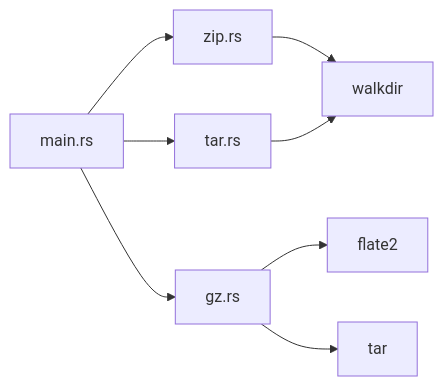
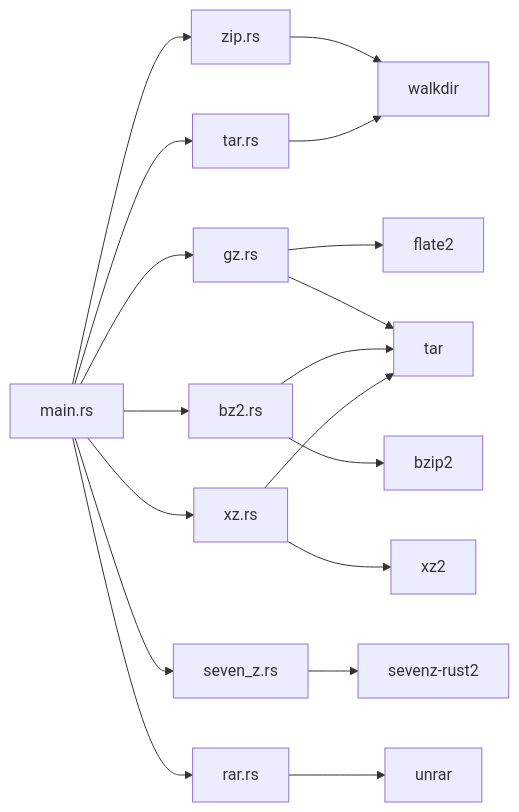
Before and after one commit to zhangjiacai-hub/myArchive: diagram 14 of 14 in .qoder/repowiki/zh/content/核心功能实现/列表功能实现.md, drawn with Mermaid. The commit also changed other lines of this file and 6 other files, not shown here.

````diff
--- a/.qoder/repowiki/zh/content/核心功能实现/列表功能实现.md
+++ b/.qoder/repowiki/zh/content/核心功能实现/列表功能实现.md
@@ -348,10 +550,20 @@
 ```mermaid
 graph LR
 MAIN[main.rs] --> ZIP[zip.rs]
 MAIN --> TAR[tar.rs]
 MAIN --> GZ[gz.rs]
+MAIN --> BZ2[bz2.rs]
+MAIN --> XZ[xz.rs]
+MAIN --> SEVEN_Z[seven_z.rs]
+MAIN --> RAR[rar.rs]
 ZIP --> WALKDIR[walkdir]
 TAR --> WALKDIR
 GZ --> FLATE2[flate2]
 GZ --> TAR_LIB[tar]
+BZ2 --> BZIP2[bzip2]
+BZ2 --> TAR_LIB[tar]
+XZ --> XZ2[xz2]
+XZ --> TAR_LIB[tar]
+SEVEN_Z --> SEVENZ[sevenz-rust2]
+RAR --> UNRAR[unrar]
 ```
````
